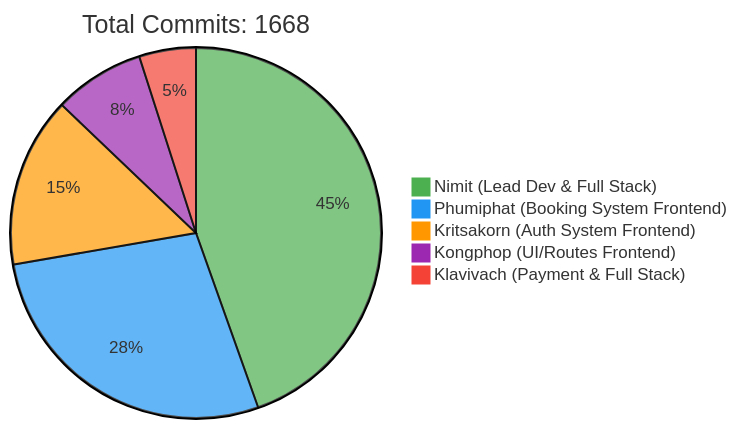
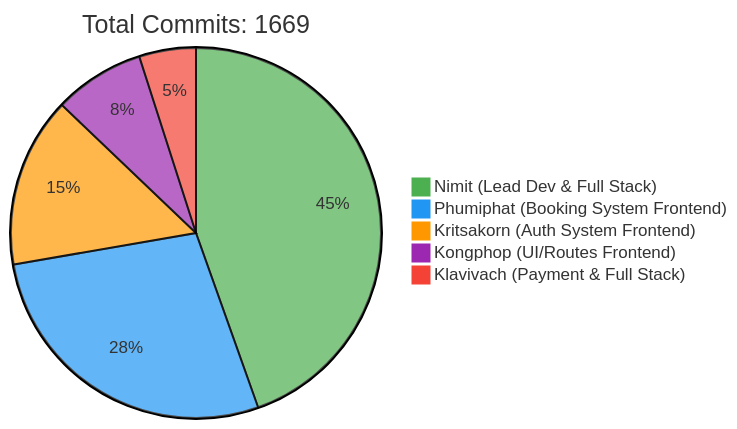
The first of 2 diagrams in README.md (6531503042/Sport-Complex), drawn with Mermaid before and after one commit. The commit also changed other lines of this file, not shown here.

Commit message:
docs: Update contributor statistics [skip ci]

````diff
--- a/README.md
+++ b/README.md
@@ -257,10 +257,10 @@
 ```mermaid
 %%{init: {'theme': 'base', 'themeVariables': { 'pie1': '#4CAF50', 'pie2': '#2196F3', 'pie3': '#FF9800', 'pie4': '#9C27B0', 'pie5': '#F44336'}}}%%
 pie
-    title Total Commits: 1668
+    title Total Commits: 1669
     "Nimit (Lead Dev & Full Stack)" : 450
     "Phumiphat (Booking System Frontend)" : 280
     "Kritsakorn (Auth System Frontend)" : 150
     "Kongphop (UI/Routes Frontend)" : 80
     "Klavivach (Payment & Full Stack)" : 50
 ```
````
